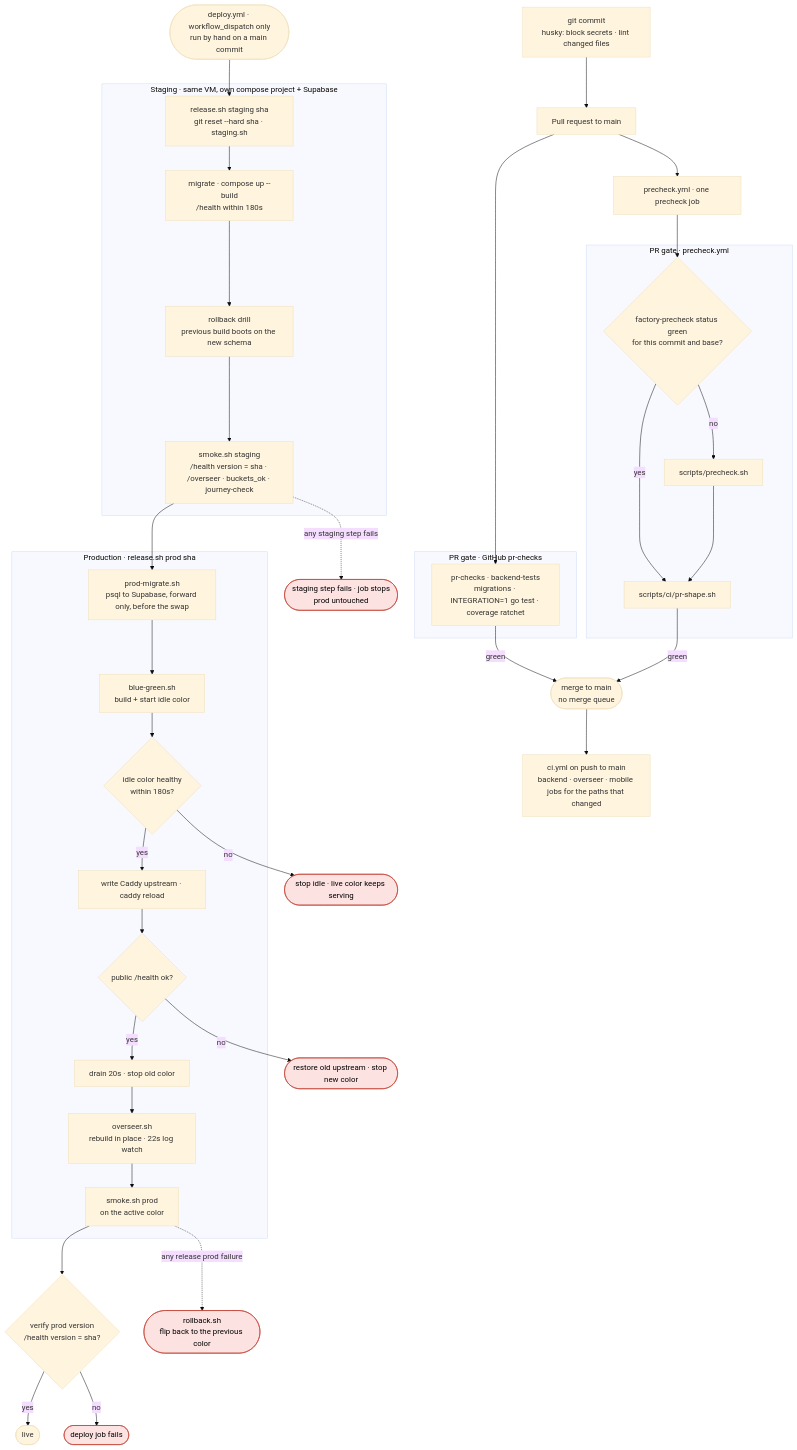
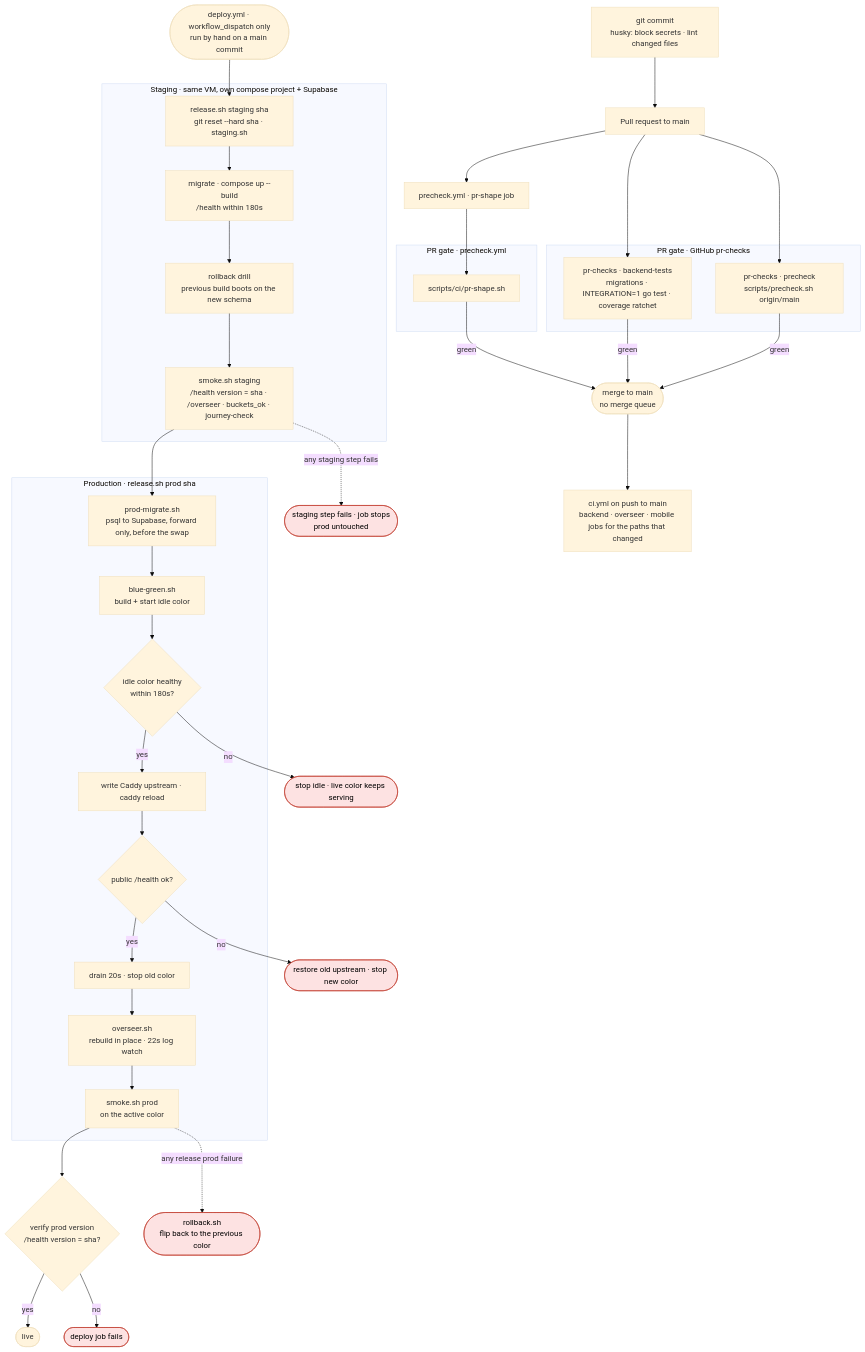
The first of 2 diagrams in docs/diagrams/delivery.md (aleburrascano/altune), drawn with Mermaid (base theme) before and after one commit. The commit also changed 5 other files, not shown here.

````diff
--- a/docs/diagrams/delivery.md
+++ b/docs/diagrams/delivery.md
@@ -7,64 +7,63 @@
 ```mermaid
 flowchart TD
     commit["git commit<br/>husky: block secrets · lint changed files"] --> pr["Pull request to main"]
-    pr --> precheck["precheck.yml · one precheck job"]
+    pr --> precheck["precheck.yml · pr-shape job"]
 
     subgraph gate [PR gate · precheck.yml]
-        trusted{"factory-precheck status green<br/>for this commit and base?"}
-        full["scripts/precheck.sh"]
         shape["scripts/ci/pr-shape.sh"]
-        trusted -->|yes| shape
-        trusted -->|no| full --> shape
     end
 
     subgraph ghgate [PR gate · GitHub pr-checks]
         ghtests["pr-checks · backend-tests<br/>migrations · INTEGRATION=1 go test · coverage ratchet"]
+        ghprecheck["pr-checks · precheck<br/>scripts/precheck.sh origin/main"]
     end
 
-    precheck --> trusted
+    precheck --> shape
     pr --> ghtests
+    pr --> ghprecheck
     ghtests -->|green| main
+    ghprecheck -->|green| main
     shape -->|green| main(["merge to main<br/>no merge queue"])
     main --> ci["ci.yml on push to main<br/>backend · overseer · mobile jobs for the paths that changed"]
 
     dispatch(["deploy.yml · workflow_dispatch only<br/>run by hand on a main commit"])
 
     subgraph staging [Staging · same VM, own compose project + Supabase]
         st_release["release.sh staging sha<br/>git reset --hard sha · staging.sh"]
         st_up["migrate · compose up --build<br/>/health within 180s"]
         drill["rollback drill<br/>previous build boots on the new schema"]
         smoke["smoke.sh staging<br/>/health version = sha · /overseer · buckets_ok · journey-check"]
         st_release --> st_up --> drill --> smoke
     end
 
     dispatch --> st_release
 
     subgraph live_env [Production · release.sh prod sha]
         migrate["prod-migrate.sh<br/>psql to Supabase, forward only, before the swap"]
         build["blue-green.sh<br/>build + start idle color"]
         healthy{"idle color healthy<br/>within 180s?"}
         flip["write Caddy upstream · caddy reload"]
         verify{"public /health ok?"}
         drain["drain 20s · stop old color"]
         overseer["overseer.sh<br/>rebuild in place · 22s log watch"]
         psmoke["smoke.sh prod<br/>on the active color"]
         migrate --> build --> healthy
         healthy -->|yes| flip --> verify
         verify -->|yes| drain --> overseer --> psmoke
     end
 
     smoke --> migrate
     psmoke --> version{"verify prod version<br/>/health version = sha?"}
     version -->|yes| done(["live"])
 
     st_fail(["staging step fails · job stops<br/>prod untouched"])
     smoke -.->|any staging step fails| st_fail
     healthy -->|no| keep(["stop idle · live color keeps serving"])
     verify -->|no| restore(["restore old upstream · stop new color"])
     rollback(["rollback.sh<br/>flip back to the previous color"])
     psmoke -.->|any release prod failure| rollback
     version -->|no| vfail(["deploy job fails"])
 
     classDef fail fill:#fde2e2,stroke:#c0392b,color:#000
     class keep,restore,rollback,st_fail,vfail fail
 ```
````
